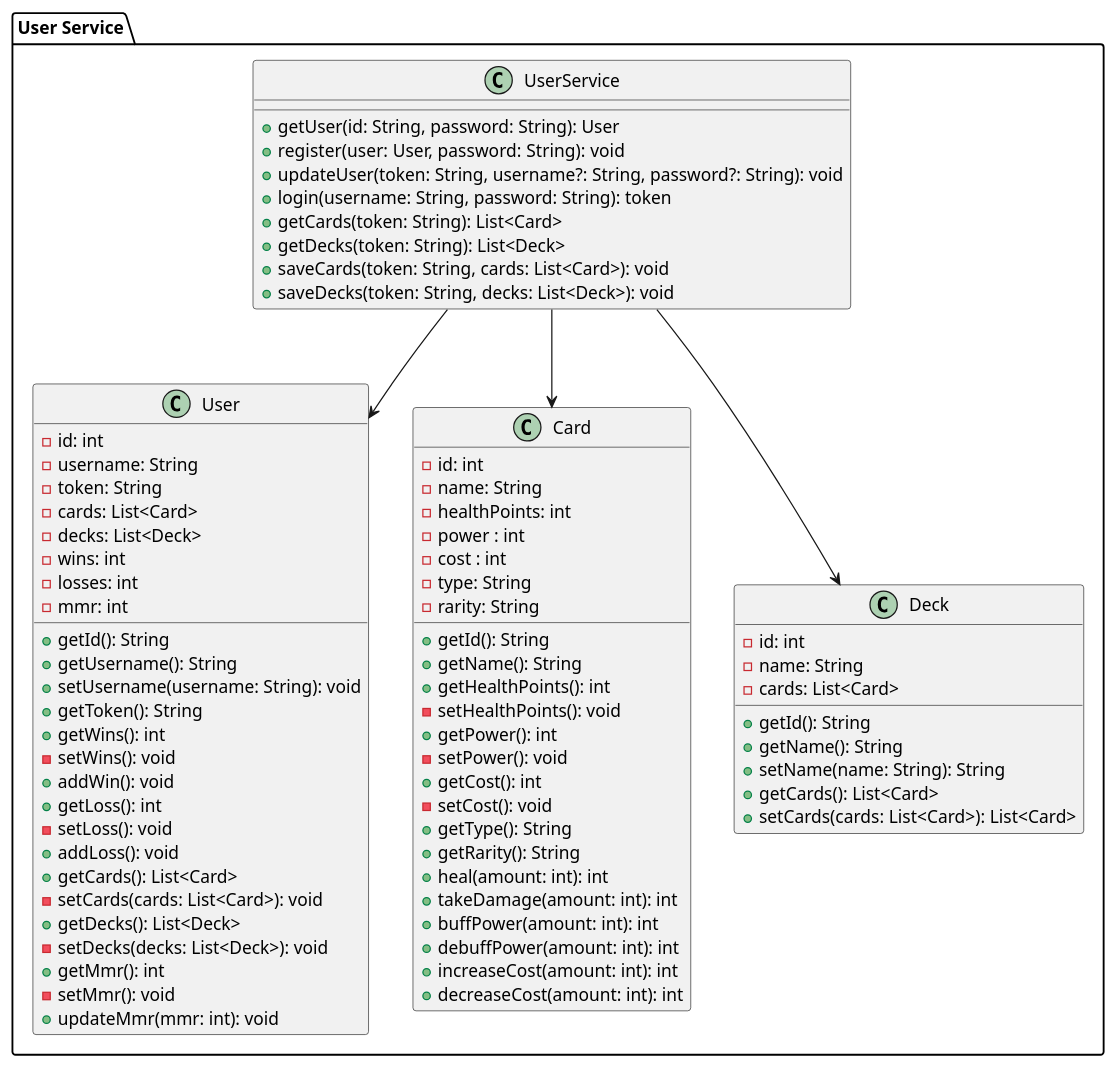
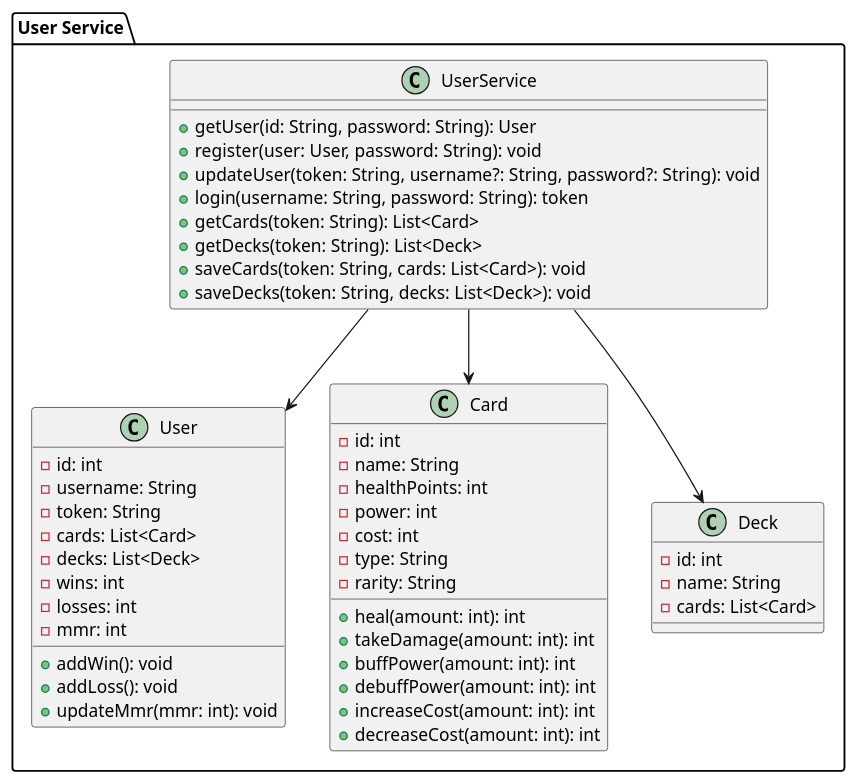
The diagram in implementation view/userService.puml (RobKokx/diagrammen-SAD-Pinc), drawn with PlantUML before and after one commit. The commit also changed 5 other files, not shown here.

```diff
--- a/implementation view/userService.puml
+++ b/implementation view/userService.puml
@@ -1,85 +1,56 @@
 @startuml UserService
 
 package "User Service" {
     class UserService {
         +getUser(id: String, password: String): User
         +register(user: User, password: String): void
         +updateUser(token: String, username?: String, password?: String): void
         +login(username: String, password: String): token
         +getCards(token: String): List<Card>
         +getDecks(token: String): List<Deck>
         +saveCards(token: String, cards: List<Card>): void
         +saveDecks(token: String, decks: List<Deck>): void
     }
 
     class User {
         -id: int
         -username: String
         -token: String
         -cards: List<Card>
         -decks: List<Deck>
         -wins: int
         -losses: int
         -mmr: int
-        +getId(): String
-        +getUsername(): String
-        +setUsername(username: String): void
-        +getToken(): String
-        +getWins(): int
-        -setWins(): void
         +addWin(): void
-        +getLoss(): int
-        -setLoss(): void
         +addLoss(): void
-        +getCards(): List<Card>
-        -setCards(cards: List<Card>): void
-        +getDecks(): List<Deck>
-        -setDecks(decks: List<Deck>): void
-        +getMmr(): int
-        -setMmr(): void
         +updateMmr(mmr: int): void
     }
 
     class Card {
         -id: int
         -name: String
         -healthPoints: int
-        -power : int
-        -cost : int
+        -power: int
+        -cost: int
         -type: String
         -rarity: String
-        +getId(): String
-        +getName(): String
-        +getHealthPoints(): int
-        -setHealthPoints(): void
-        +getPower(): int
-        -setPower(): void
-        +getCost(): int
-        -setCost(): void
-        +getType(): String
-        +getRarity(): String
         +heal(amount: int): int
         +takeDamage(amount: int): int
         +buffPower(amount: int): int
         +debuffPower(amount: int): int
         +increaseCost(amount: int): int
         +decreaseCost(amount: int): int
     }
 
     class Deck {
         -id: int
         -name: String
         -cards: List<Card>
-        +getId(): String
-        +getName(): String
-        +setName(name: String): String
-        +getCards(): List<Card>
-        +setCards(cards: List<Card>): List<Card>
     }
 
     UserService --> Card
-    UserService --> User 
+    UserService --> User
     UserService --> Deck
 }
 
 @enduml
```
